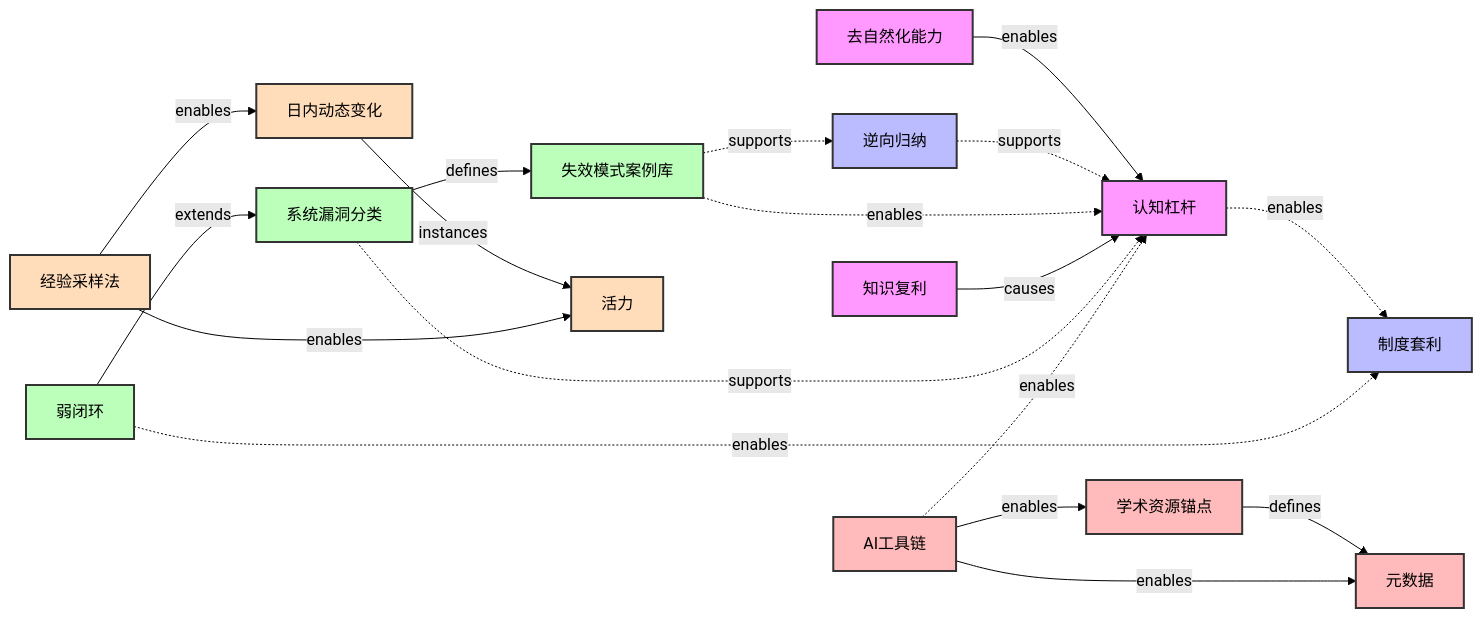
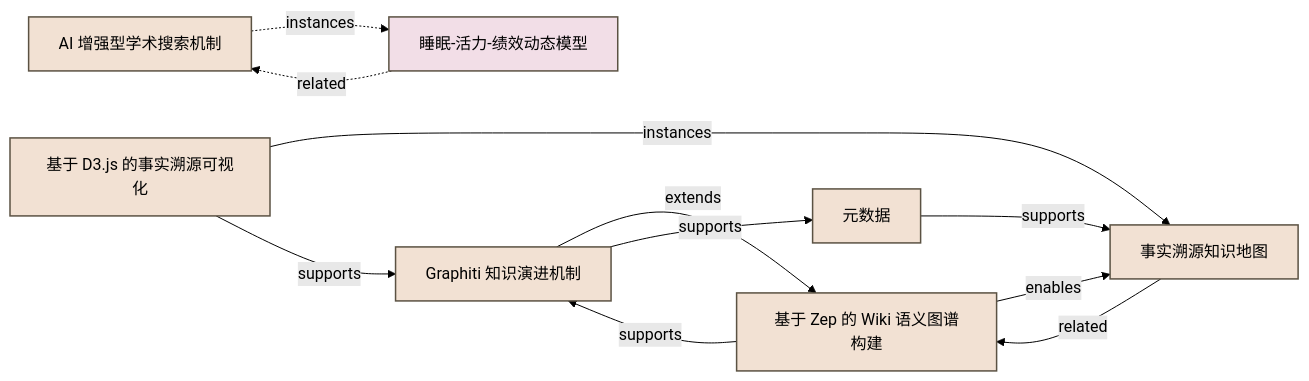
Before and after one commit to vlnk2023/wiki_notes: the diagram in wiki/knowledge_map.md, drawn with Mermaid (forest theme). The commit also changed 48 other files, not shown here.

````diff
--- a/wiki/knowledge_map.md
+++ b/wiki/knowledge_map.md
@@ -5,28 +5,36 @@
 ```mermaid
 graph LR
-  classDef cognition fill:#f9f,stroke:#333,stroke-width:2px
-  classDef strategy fill:#bbf,stroke:#333,stroke-width:2px
-  classDef systems fill:#bfb,stroke:#333,stroke-width:2px
-  classDef knowledge-engineering fill:#fbb,stroke:#333,stroke-width:2px
-  classDef psychology fill:#fdb,stroke:#333,stroke-width:2px
+  classDef cognition fill:#E8D9BF,stroke:#5B5243,stroke-width:1.5px
+  classDef strategy fill:#D8E6F4,stroke:#5B5243,stroke-width:1.5px
+  classDef systems fill:#DCE8D1,stroke:#5B5243,stroke-width:1.5px
+  classDef finance fill:#E8E0CF,stroke:#5B5243,stroke-width:1.5px
+  classDef psychology fill:#F2DEE7,stroke:#5B5243,stroke-width:1.5px
+  classDef knowledge_engineering fill:#F2E1D3,stroke:#5B5243,stroke-width:1.5px
 
-  去自然化能力:::cognition -->|enables| 认知杠杆:::cognition
-  逆向归纳:::strategy -.->|supports| 认知杠杆:::cognition
-  失效模式案例库:::systems -.->|enables| 认知杠杆:::cognition
-  知识复利:::cognition -->|causes| 认知杠杆:::cognition
-  系统漏洞分类:::systems -.->|supports| 认知杠杆:::cognition
-  认知杠杆:::cognition -.->|enables| 制度套利:::strategy
-  弱闭环:::systems -.->|enables| 制度套利:::strategy
-  弱闭环:::systems -->|extends| 系统漏洞分类:::systems
-  系统漏洞分类:::systems -->|defines| 失效模式案例库:::systems
-  失效模式案例库:::systems -.->|supports| 逆向归纳:::strategy
-  
-  学术资源锚点:::knowledge-engineering -->|defines| 元数据:::knowledge-engineering
-  AI工具链:::knowledge-engineering -->|enables| 学术资源锚点:::knowledge-engineering
-  AI工具链:::knowledge-engineering -->|enables| 元数据:::knowledge-engineering
-  AI工具链:::knowledge-engineering -.->|enables| 认知杠杆:::cognition
-  
-  经验采样法:::psychology -->|enables| 日内动态变化:::psychology
-  日内动态变化:::psychology -->|instances| 活力:::psychology
-  经验采样法:::psychology -->|enables| 活力:::psychology
+  n_53b351986244e43e["AI 增强型学术搜索机制"]
+  n_2c0934fe205c06f0["Graphiti 知识演进机制"]
+  n_28a9ebf5ef2e915d["事实溯源知识地图"]
+  n_0230433970442299["元数据"]
+  n_a7a22089f486be33["基于 D3.js 的事实溯源可视化"]
+  n_4c8ee607aa2f959b["基于 Zep 的 Wiki 语义图谱构建"]
+  n_827af7f8ea54b1ef["睡眠-活力-绩效动态模型"]
+
+  n_0230433970442299 -->|supports| n_28a9ebf5ef2e915d
+  n_2c0934fe205c06f0 -->|extends| n_4c8ee607aa2f959b
+  n_4c8ee607aa2f959b -->|enables| n_28a9ebf5ef2e915d
+  n_a7a22089f486be33 -->|instances| n_28a9ebf5ef2e915d
+  n_53b351986244e43e -.->|instances| n_827af7f8ea54b1ef
+  n_2c0934fe205c06f0 -->|supports| n_0230433970442299
+  n_4c8ee607aa2f959b -->|supports| n_2c0934fe205c06f0
+  n_a7a22089f486be33 -->|supports| n_2c0934fe205c06f0
+  n_827af7f8ea54b1ef -.->|related| n_53b351986244e43e
+  n_28a9ebf5ef2e915d -->|related| n_4c8ee607aa2f959b
+
+  class n_0230433970442299 knowledge_engineering
+  class n_28a9ebf5ef2e915d knowledge_engineering
+  class n_2c0934fe205c06f0 knowledge_engineering
+  class n_4c8ee607aa2f959b knowledge_engineering
+  class n_53b351986244e43e knowledge_engineering
+  class n_827af7f8ea54b1ef psychology
+  class n_a7a22089f486be33 knowledge_engineering
 ```
````
